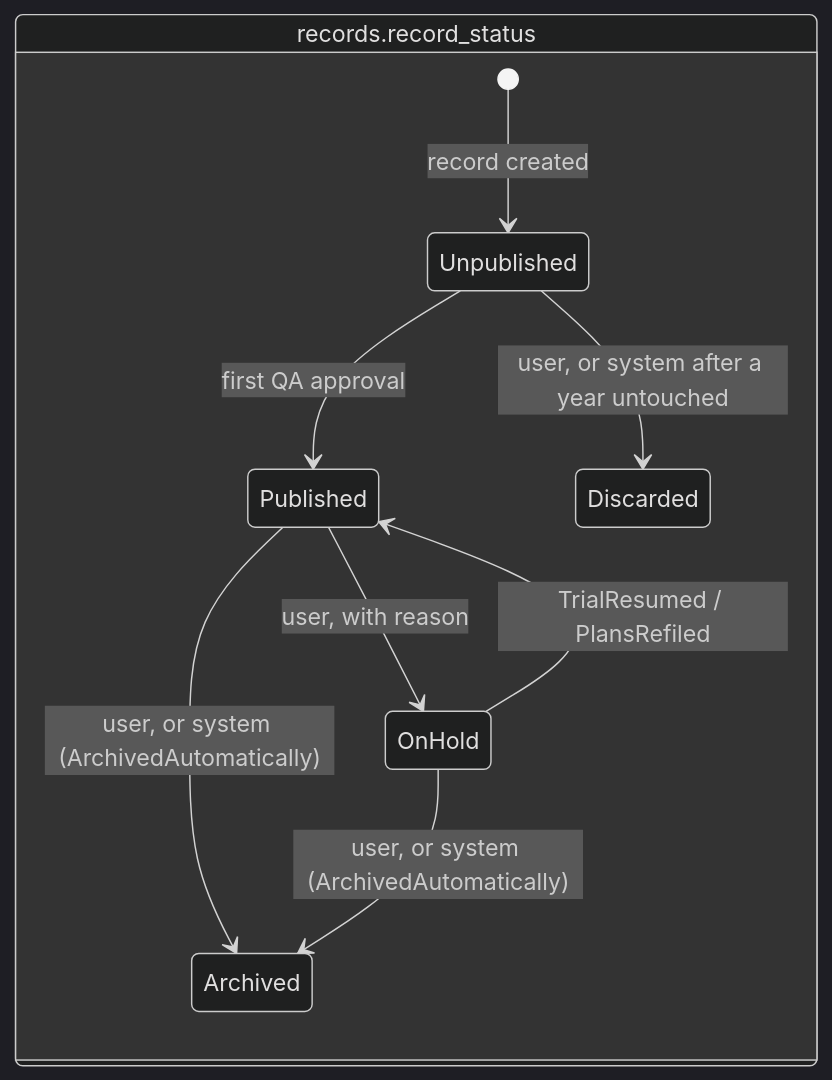
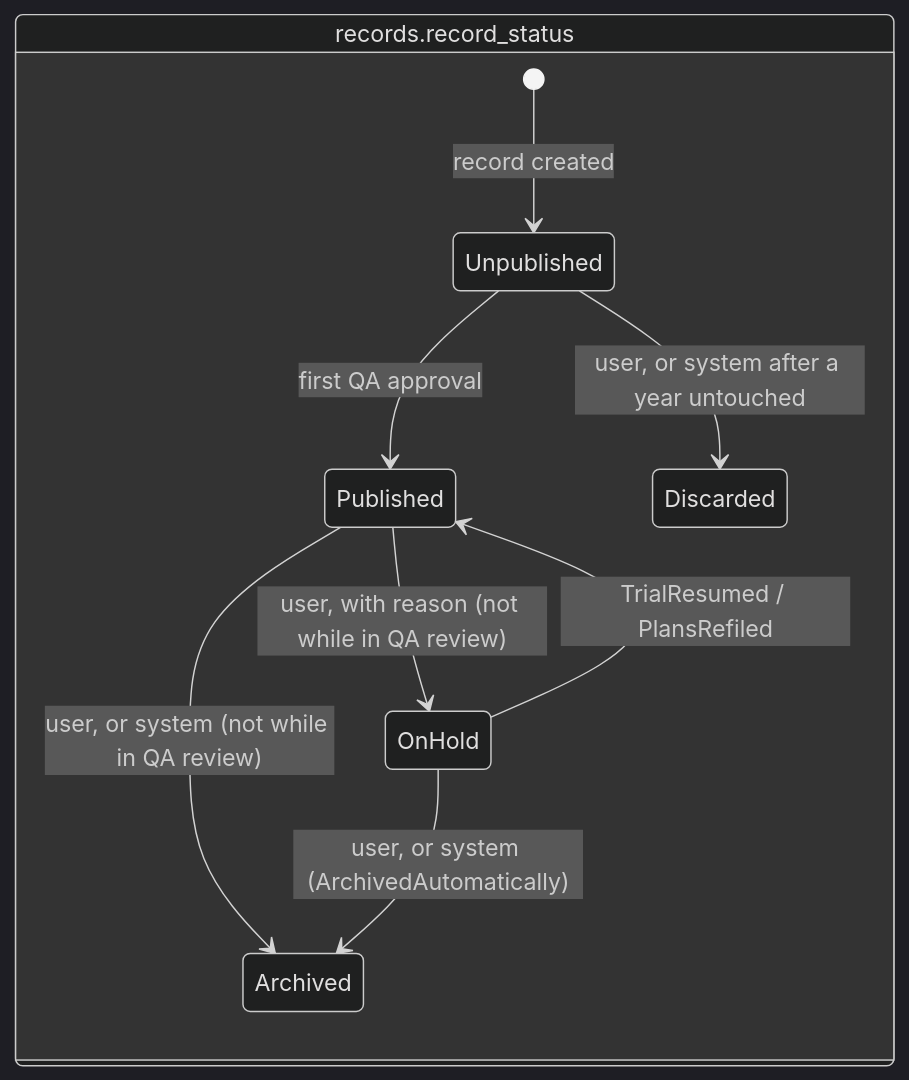
Before and after one commit to ditnice/aws-UKPS: the third of 4 diagrams in documentation/record-lifecycle/README.md, drawn with Mermaid (dark theme). The commit also changed other lines of this file and 1 other file, not shown here.

````diff
--- a/documentation/record-lifecycle/README.md
+++ b/documentation/record-lifecycle/README.md
@@ -72,13 +72,13 @@
 ```mermaid
 stateDiagram-v2
     direction LR
     state "records.record_status" as rs {
         [*] --> Unpublished: record created
         Unpublished --> Published: first QA approval
-        Published --> OnHold: user, with reason
+        Published --> OnHold: user, with reason (not while in QA review)
         OnHold --> Published: TrialResumed / PlansRefiled
-        Published --> Archived: user, or system (ArchivedAutomatically)
+        Published --> Archived: user, or system (not while in QA review)
         OnHold --> Archived: user, or system (ArchivedAutomatically)
         Unpublished --> Discarded: user, or system after a year untouched
     }
 ```
````
